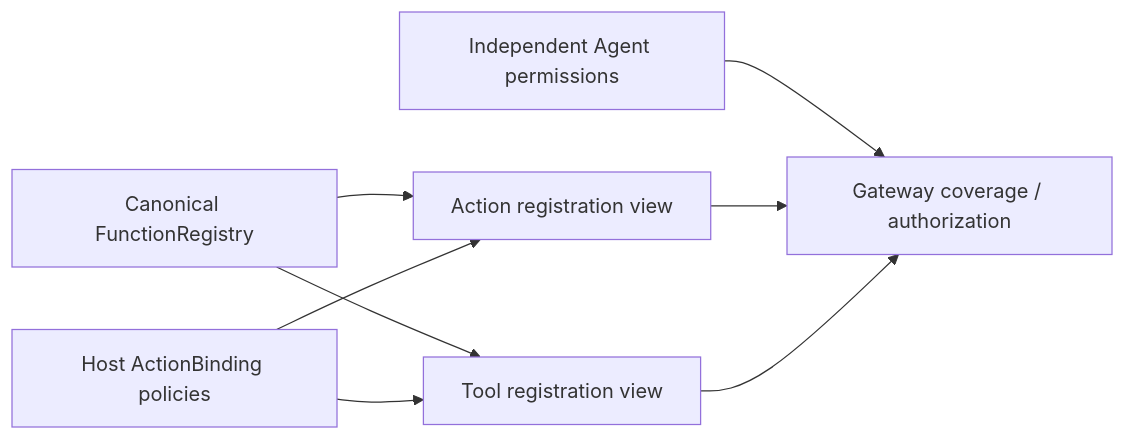
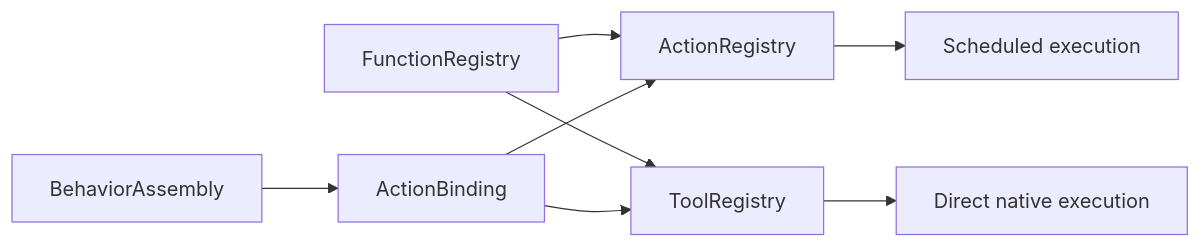
Before and after one commit to devilyouwei/MobileHarness: the diagram in MobileHarness/Gateway/Output/Registration/README.md, drawn with Mermaid. The commit also changed other lines of this file and 116 other files, not shown here.

````diff
--- a/MobileHarness/Gateway/Output/Registration/README.md
+++ b/MobileHarness/Gateway/Output/Registration/README.md
@@ -9,10 +15,10 @@
 ```mermaid
 flowchart LR
-    Functions[Canonical FunctionRegistry] --> Action[Action registration view]
-    Functions --> Tool[Tool registration view]
-    Profiles[Host ActionBinding policies] --> Action
-    Profiles --> Tool
-    Grants[Independent Agent permissions] --> Gateway[Gateway coverage / authorization]
-    Action --> Gateway
-    Tool --> Gateway
+ Host[BehaviorAssembly] --> Binding[ActionBinding]
+ Functions[FunctionRegistry] --> Action[ActionRegistry]
+ Functions --> Tool[ToolRegistry]
+ Binding --> Action
+ Binding --> Tool
+ Action --> Scheduler[Scheduled execution]
+ Tool --> Direct[Direct native execution]
 ```
````
